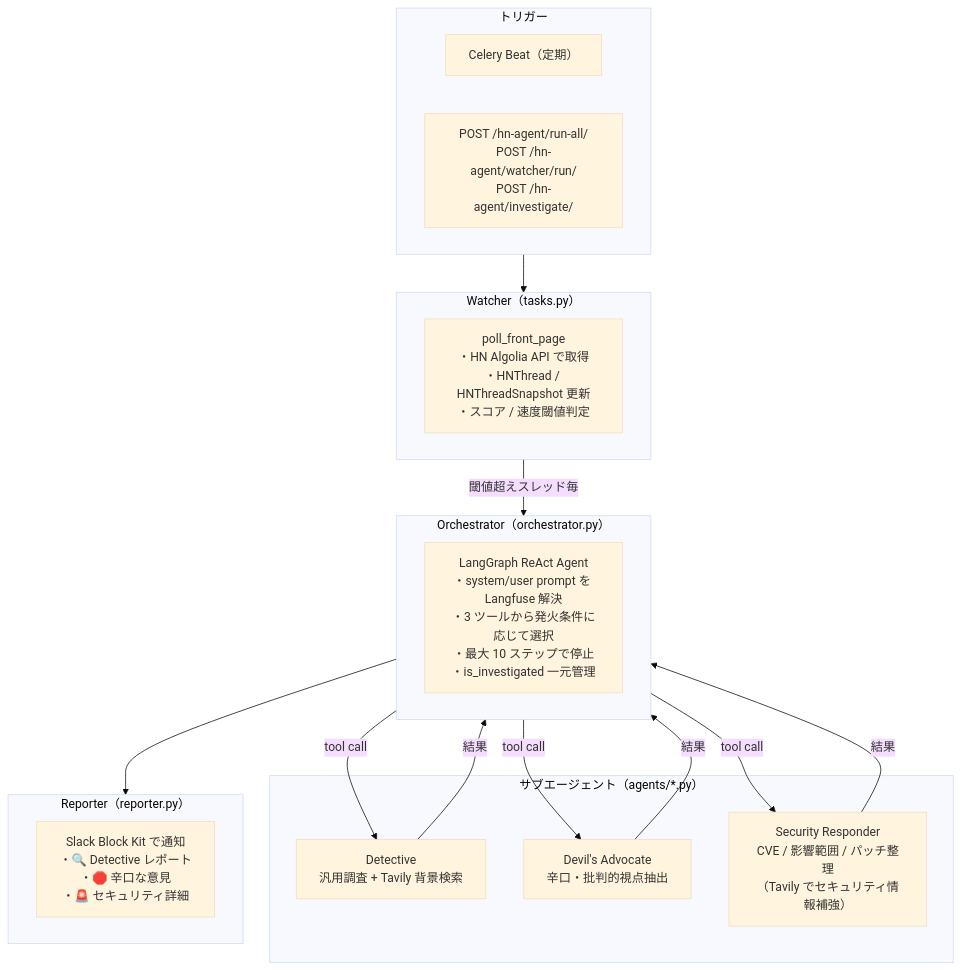
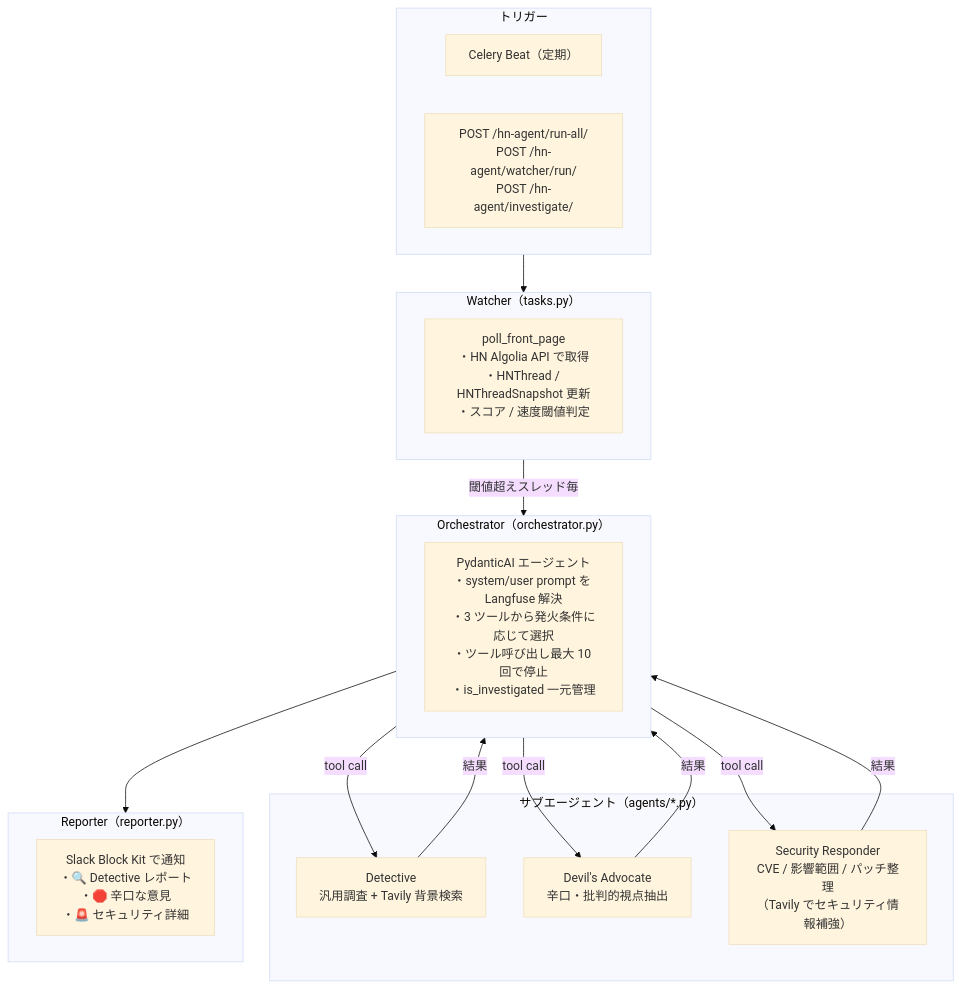
One commit to kagiyama-baking/kawashiro-server changed the diagram in django_api/features/hn_agent/README.md. Above: the diagram before and after it, drawn with Mermaid (base theme). The commit also changed other lines of this file and 7 other files, not shown here.

````diff
--- a/django_api/features/hn_agent/README.md
+++ b/django_api/features/hn_agent/README.md
@@ -17,35 +17,35 @@
 ```mermaid
 flowchart TB
     subgraph Trigger["トリガー"]
         Beat["Celery Beat（定期）"]
         API["POST /hn-agent/run-all/<br/>POST /hn-agent/watcher/run/<br/>POST /hn-agent/investigate/"]
     end
 
     subgraph Watcher["Watcher（tasks.py）"]
         Poll["poll_front_page<br/>・HN Algolia API で取得<br/>・HNThread / HNThreadSnapshot 更新<br/>・スコア / 速度閾値判定"]
     end
 
     subgraph Orch["Orchestrator（orchestrator.py）"]
-        ReAct["LangGraph ReAct Agent<br/>・system/user prompt を Langfuse 解決<br/>・3 ツールから発火条件に応じて選択<br/>・最大 10 ステップで停止<br/>・is_investigated 一元管理"]
+        Agent["PydanticAI エージェント<br/>・system/user prompt を Langfuse 解決<br/>・3 ツールから発火条件に応じて選択<br/>・ツール呼び出し最大 10 回で停止<br/>・is_investigated 一元管理"]
     end
 
     subgraph Tools["サブエージェント（agents/*.py）"]
         Det["Detective<br/>汎用調査 + Tavily 背景検索"]
         Devil["Devil's Advocate<br/>辛口・批判的視点抽出"]
         Sec["Security Responder<br/>CVE / 影響範囲 / パッチ整理<br/>（Tavily でセキュリティ情報補強）"]
     end
 
     subgraph Report["Reporter（reporter.py）"]
         Slack["Slack Block Kit で通知<br/>・🔍 Detective レポート<br/>・🛑 辛口な意見<br/>・🚨 セキュリティ詳細"]
     end
 
     Trigger --> Watcher
     Watcher -->|閾値超えスレッド毎| Orch
     Orch -->|tool call| Det
     Orch -->|tool call| Devil
     Orch -->|tool call| Sec
     Det -->|結果| Orch
     Devil -->|結果| Orch
     Sec -->|結果| Orch
     Orch --> Report
 ```
````
